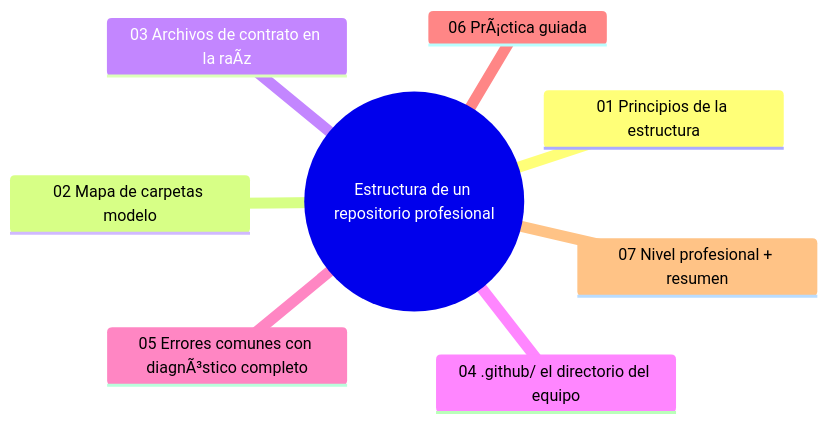
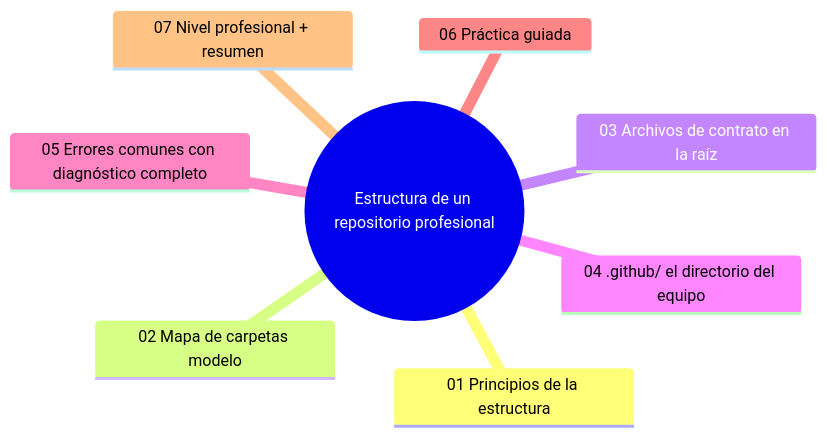
The diagram in 18-github-profesional/01-estructura-de-un-repositorio-profesional.md (jorgesislema/github-paso-a-paso), drawn with Mermaid before and after one commit. The commit also changed other lines of this file, not shown here.

````diff
--- a/18-github-profesional/01-estructura-de-un-repositorio-profesional.md
+++ b/18-github-profesional/01-estructura-de-un-repositorio-profesional.md
@@ -13,11 +13,11 @@
 ```mermaid
 mindmap
   root((Estructura de un repositorio profesional))
     01 Principios de la estructura
     02 Mapa de carpetas modelo
-    03 Archivos de contrato en la raÃ­z
+    03 Archivos de contrato en la raíz
     04 .github/ el directorio del equipo
-    05 Errores comunes con diagnÃ³stico completo
-    06 PrÃ¡ctica guiada
+    05 Errores comunes con diagnóstico completo
+    06 Práctica guiada
     07 Nivel profesional + resumen
 ```
````
